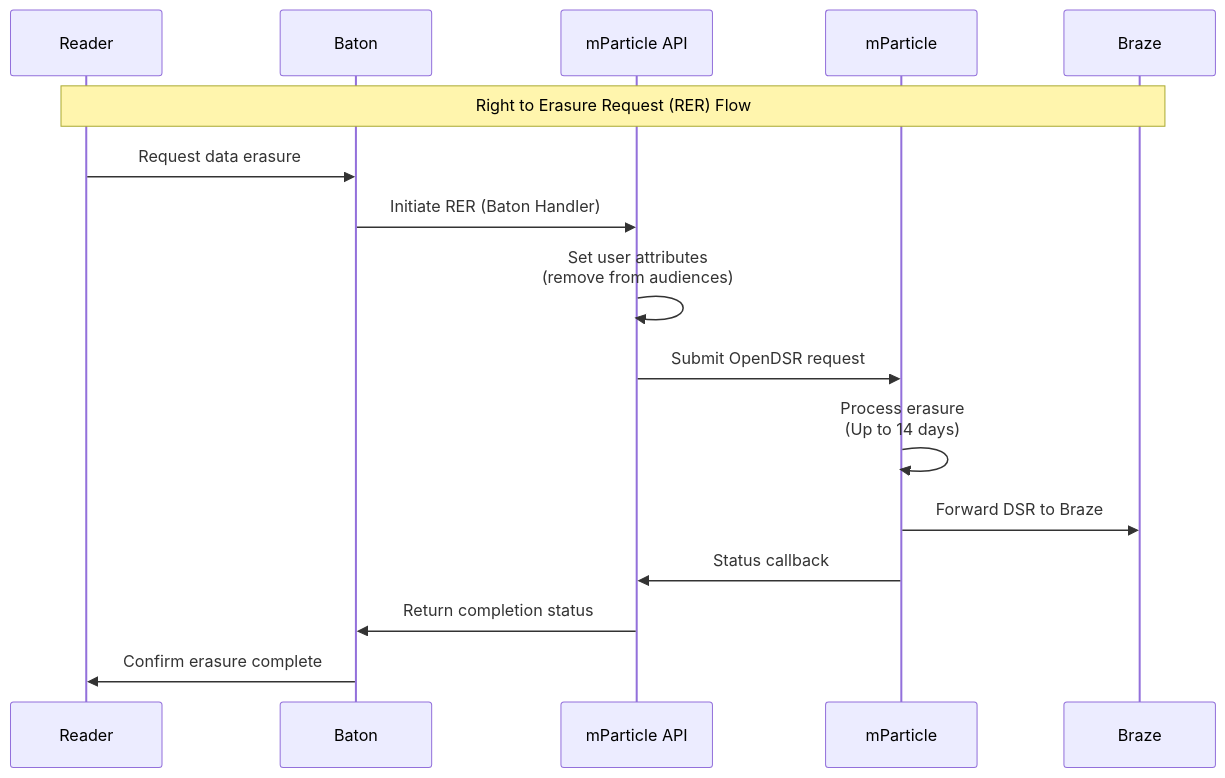
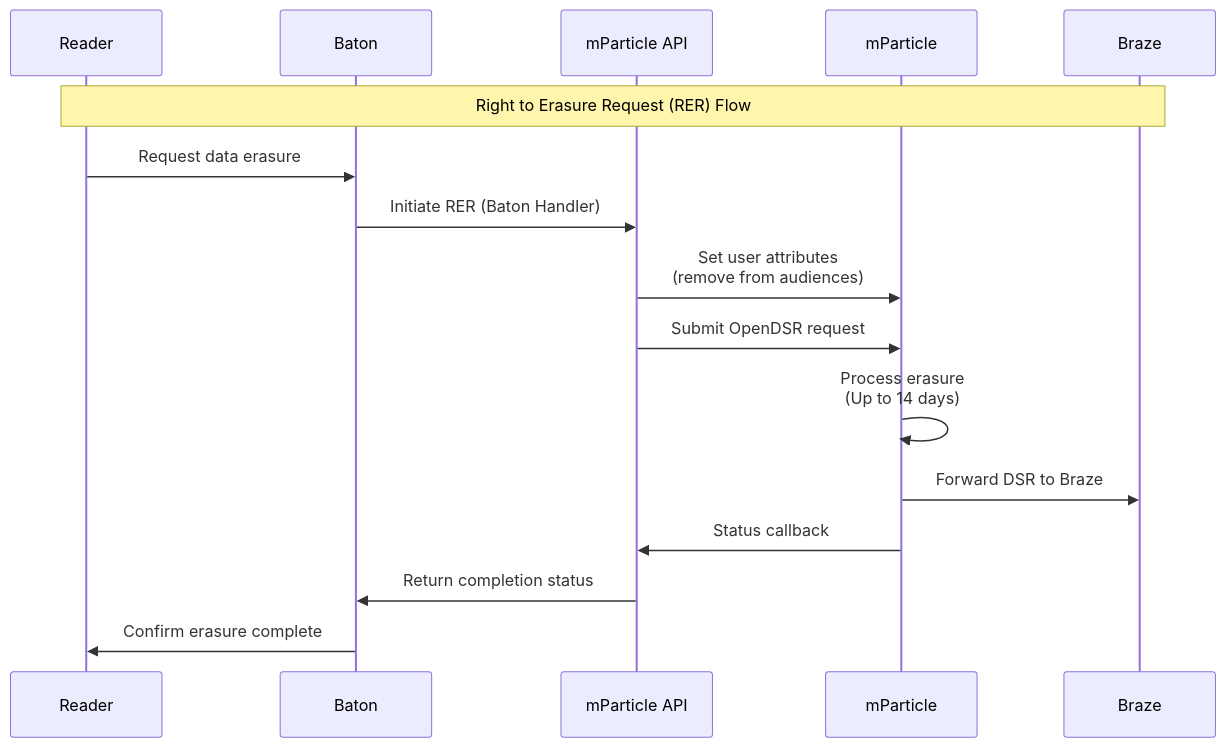
One commit to guardian/support-service-lambdas changed the second of 3 diagrams in handlers/mparticle-api/README.md. Above: the diagram before and after it, drawn with Mermaid.

Commit message:
fix: correct variable name in sequence diagram for data erasure process

````diff
--- a/handlers/mparticle-api/README.md
+++ b/handlers/mparticle-api/README.md
@@ -174,20 +174,20 @@
 ```mermaid
 sequenceDiagram
     participant R as Reader
     participant B as Baton
     participant MP as mParticle API
     participant M as mParticle
     participant BR as Braze
 
     Note over R,BR: Right to Erasure Request (RER) Flow
     
     R->>B: Request data erasure
     B->>MP: Initiate RER (Baton Handler)
-    MP->>MP: Set user attributes<br/>(remove from audiences)
+    MP->>M: Set user attributes<br/>(remove from audiences)
     MP->>M: Submit OpenDSR request
     M->>M: Process erasure<br/>(Up to 14 days)
     M->>BR: Forward DSR to Braze
     M->>MP: Status callback
     MP->>B: Return completion status
     B->>R: Confirm erasure complete
 ```
````
